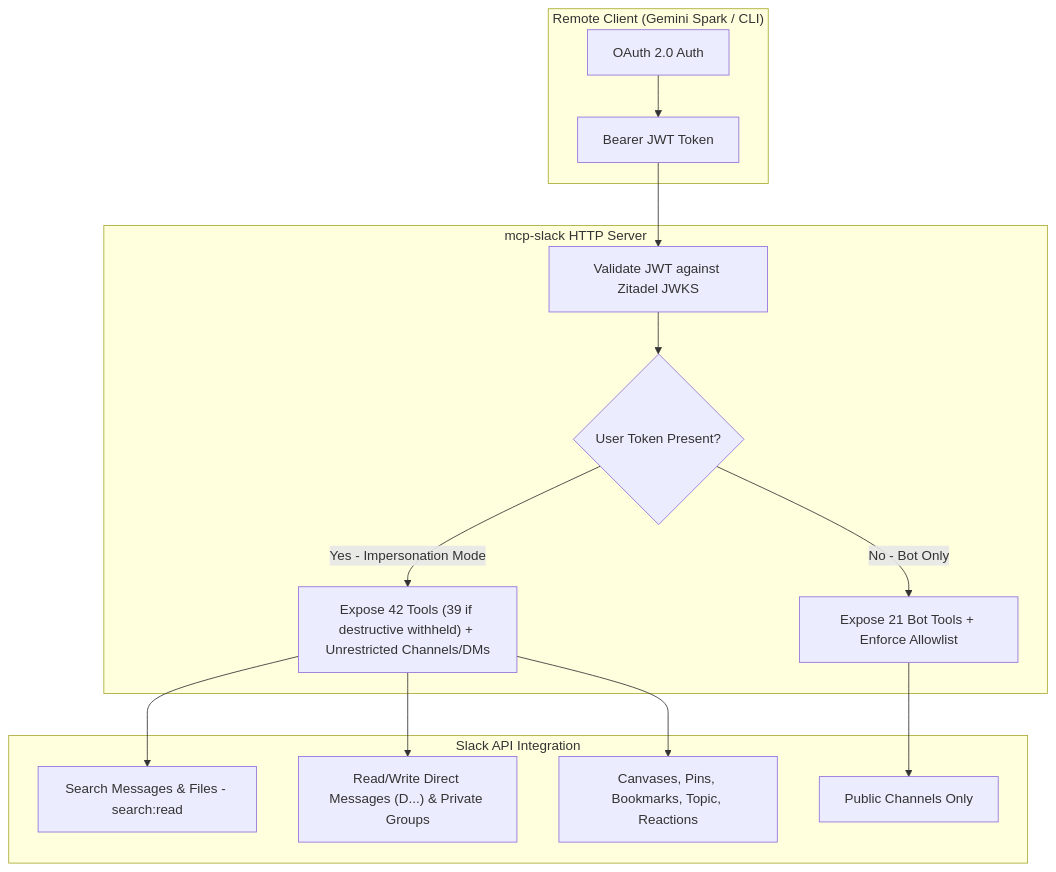
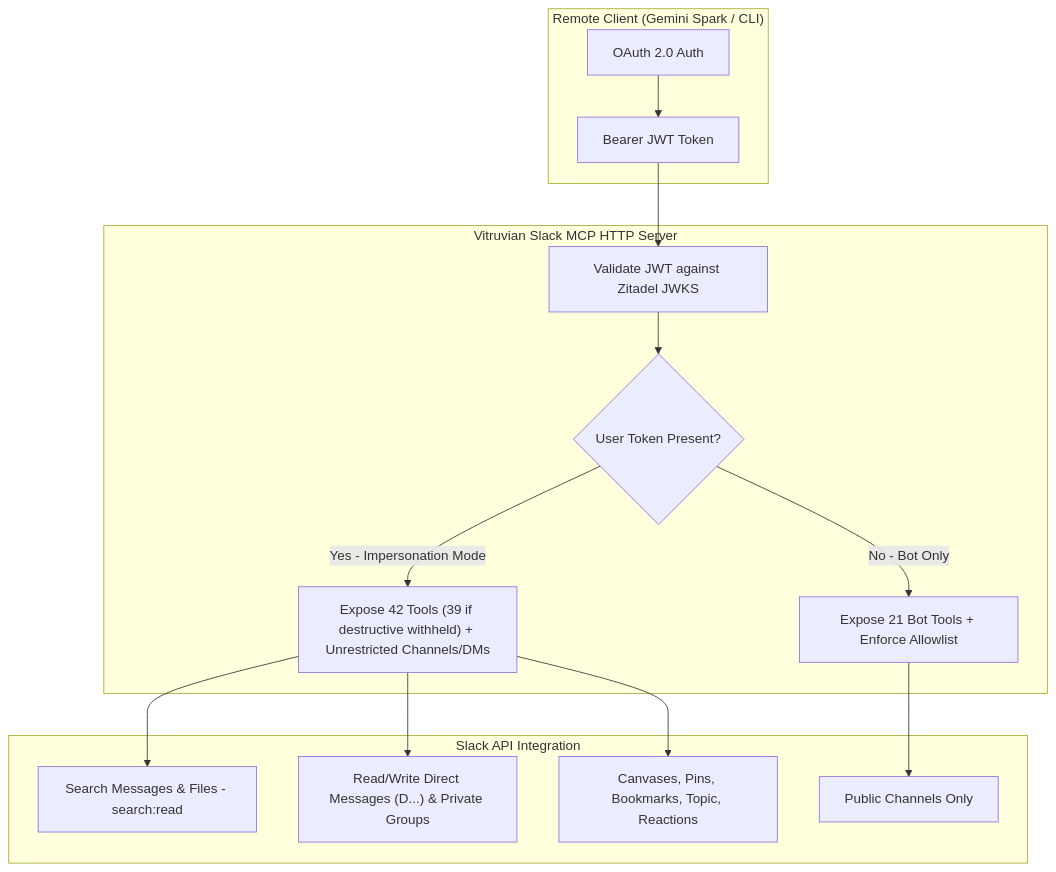
One commit to VitruvianSoftware/mcp-slack changed the first of 3 diagrams in README.md. Above: the diagram before and after it, drawn with Mermaid. The commit also changed other lines of this file and 34 other files, not shown here.

````diff
--- a/README.md
+++ b/README.md
@@ -18,20 +18,20 @@
 ```mermaid
 flowchart TD
     subgraph Client["Remote Client (Gemini Spark / CLI)"]
         A["OAuth 2.0 Auth"] --> B["Bearer JWT Token"]
     end
 
-    subgraph Service["mcp-slack HTTP Server"]
+    subgraph Service["Vitruvian Slack MCP HTTP Server"]
         B --> C["Validate JWT against Zitadel JWKS"]
         C --> D{"User Token Present?"}
         D -->|Yes - Impersonation Mode| E["Expose 42 Tools (39 if destructive withheld) + Unrestricted Channels/DMs"]
         D -->|No - Bot Only| F["Expose 21 Bot Tools + Enforce Allowlist"]
     end
 
     subgraph Slack["Slack API Integration"]
         E --> G["Search Messages & Files - search:read"]
         E --> H["Read/Write Direct Messages (D...) & Private Groups"]
         E --> I["Canvases, Pins, Bookmarks, Topic, Reactions"]
         F --> J["Public Channels Only"]
     end
 ```
````
